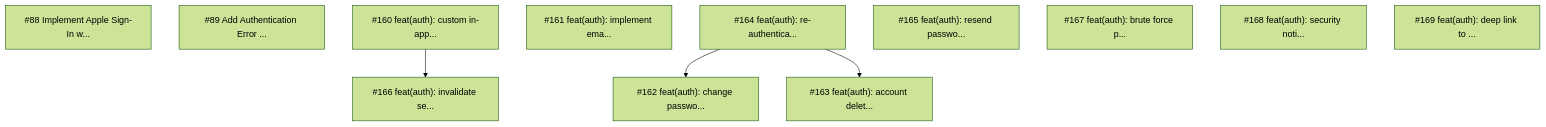
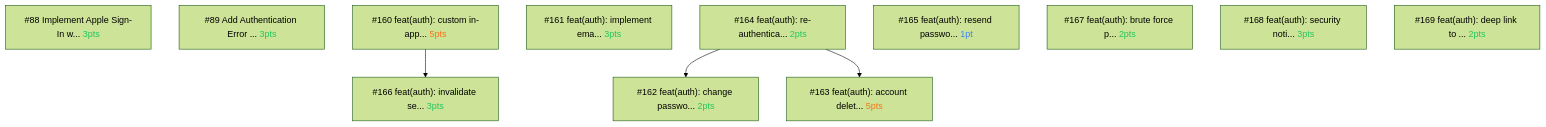
One commit to amehmeto/TiedSiren51 changed the second of 3 diagrams in docs/TICKET-DEPENDENCY-GRAPH.md. Above: the diagram before and after it, drawn with Mermaid (forest theme). The commit also changed other lines of this file and 1 other file, not shown here.

First line of the commit message:
feat(tooling): add story points with color coding to dependency graph

````diff
--- a/docs/TICKET-DEPENDENCY-GRAPH.md
+++ b/docs/TICKET-DEPENDENCY-GRAPH.md
@@ -193,19 +183,19 @@
 ```mermaid
 flowchart TD
-    F88["#88 Implement Apple Sign-In w..."]
-    F89["#89 Add Authentication Error ..."]
-    F160["#160 feat(auth): custom in-app..."]
-    F161["#161 feat(auth): implement ema..."]
-    F162["#162 feat(auth): change passwo..."]
-    F163["#163 feat(auth): account delet..."]
-    F164["#164 feat(auth): re-authentica..."]
-    F165["#165 feat(auth): resend passwo..."]
-    F166["#166 feat(auth): invalidate se..."]
-    F167["#167 feat(auth): brute force p..."]
-    F168["#168 feat(auth): security noti..."]
-    F169["#169 feat(auth): deep link to ..."]
+    F88["#88 Implement Apple Sign-In w... <span style='color:#22c55e'>3pts</span>"]
+    F89["#89 Add Authentication Error ... <span style='color:#22c55e'>3pts</span>"]
+    F160["#160 feat(auth): custom in-app... <span style='color:#f97316'>5pts</span>"]
+    F161["#161 feat(auth): implement ema... <span style='color:#22c55e'>3pts</span>"]
+    F162["#162 feat(auth): change passwo... <span style='color:#22c55e'>2pts</span>"]
+    F163["#163 feat(auth): account delet... <span style='color:#f97316'>5pts</span>"]
+    F164["#164 feat(auth): re-authentica... <span style='color:#22c55e'>2pts</span>"]
+    F165["#165 feat(auth): resend passwo... <span style='color:#3b82f6'>1pt</span>"]
+    F166["#166 feat(auth): invalidate se... <span style='color:#22c55e'>3pts</span>"]
+    F167["#167 feat(auth): brute force p... <span style='color:#22c55e'>2pts</span>"]
+    F168["#168 feat(auth): security noti... <span style='color:#22c55e'>3pts</span>"]
+    F169["#169 feat(auth): deep link to ... <span style='color:#22c55e'>2pts</span>"]
 
     F164 --> F162
     F164 --> F163
     F160 --> F166
 ```
````
